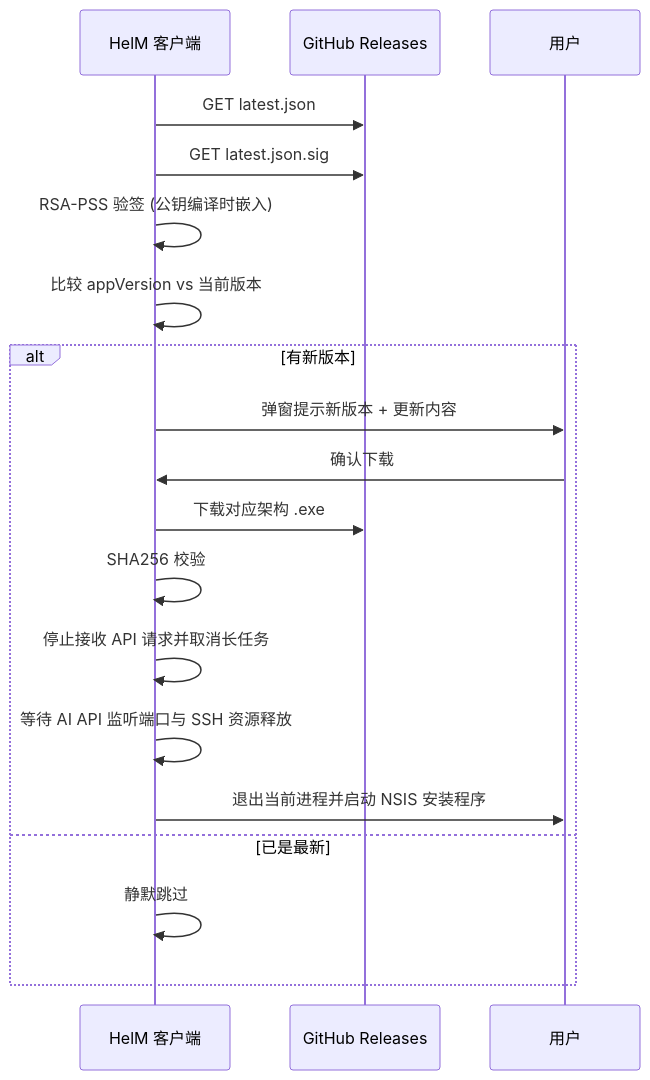
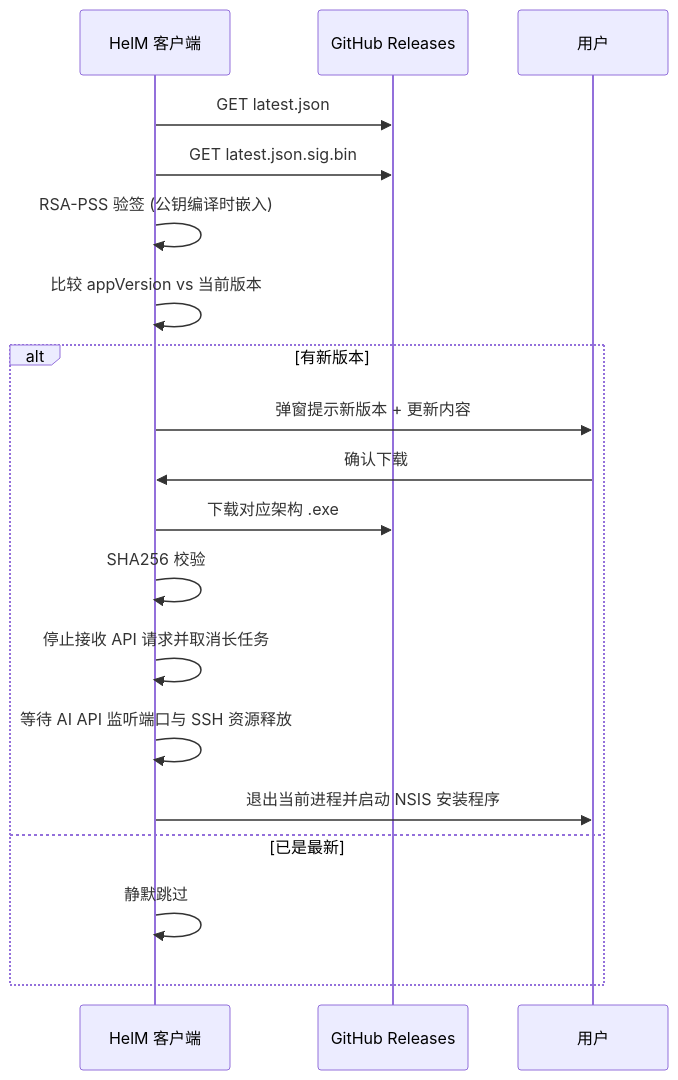
Diagram 12 of 15 in README.md (lookfeeb/Hlem_SSH), drawn with Mermaid before and after one commit. The commit also changed other lines of this file and 84 other files, not shown here.

````diff
--- a/README.md
+++ b/README.md
@@ -669,23 +671,23 @@
 ```mermaid
 sequenceDiagram
     participant App as HelM 客户端
     participant GH as GitHub Releases
     participant User as 用户
 
     App->>GH: GET latest.json
-    App->>GH: GET latest.json.sig
+    App->>GH: GET latest.json.sig.bin
     App->>App: RSA-PSS 验签 (公钥编译时嵌入)
     App->>App: 比较 appVersion vs 当前版本
 
     alt 有新版本
         App->>User: 弹窗提示新版本 + 更新内容
         User->>App: 确认下载
         App->>GH: 下载对应架构 .exe
         App->>App: SHA256 校验
         App->>App: 停止接收 API 请求并取消长任务
         App->>App: 等待 AI API 监听端口与 SSH 资源释放
         App->>User: 退出当前进程并启动 NSIS 安装程序
     else 已是最新
         App->>App: 静默跳过
     end
 ```
````
